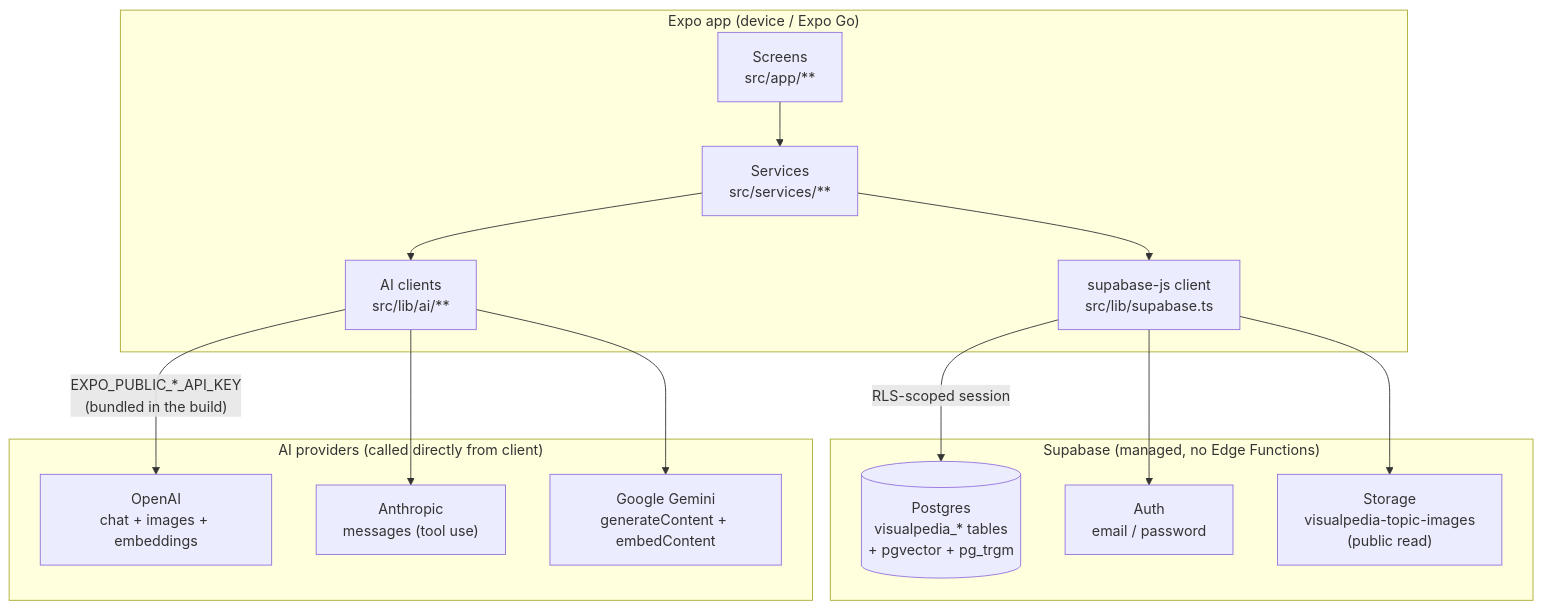
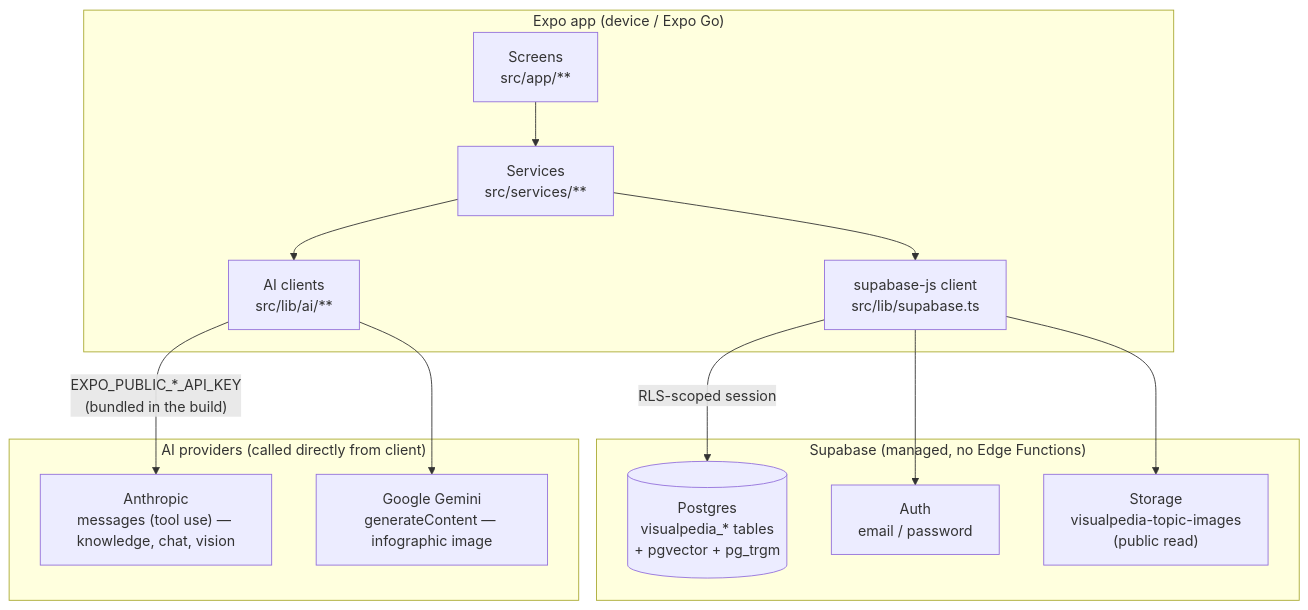
One commit to bernard676/cutaways changed the first of 7 diagrams in docs/ARCHITECTURE.md. Above: the diagram before and after it, drawn with Mermaid. The commit also changed other lines of this file and 27 other files, not shown here.

````diff
--- a/docs/ARCHITECTURE.md
+++ b/docs/ARCHITECTURE.md
@@ -27,30 +27,28 @@
 ```mermaid
 flowchart TD
     subgraph device["Expo app (device / Expo Go)"]
         UI["Screens\nsrc/app/**"]
         SVC["Services\nsrc/services/**"]
         AI["AI clients\nsrc/lib/ai/**"]
         SB["supabase-js client\nsrc/lib/supabase.ts"]
     end
 
     subgraph supabase["Supabase (managed, no Edge Functions)"]
         PG[("Postgres\nvisualpedia_* tables\n+ pgvector + pg_trgm")]
         AUTH["Auth\nemail / password"]
         ST["Storage\nvisualpedia-topic-images\n(public read)"]
     end
 
     subgraph providers["AI providers (called directly from client)"]
-        OAI["OpenAI\nchat + images + embeddings"]
-        ANT["Anthropic\nmessages (tool use)"]
-        GEM["Google Gemini\ngenerateContent + embedContent"]
+        ANT["Anthropic\nmessages (tool use) — knowledge, chat, vision"]
+        GEM["Google Gemini\ngenerateContent — infographic image"]
     end
 
     UI --> SVC --> SB
     SVC --> AI
     SB -->|"RLS-scoped session"| PG
     SB --> AUTH
     SB --> ST
-    AI -->|"EXPO_PUBLIC_*_API_KEY\n(bundled in the build)"| OAI
-    AI --> ANT
+    AI -->|"EXPO_PUBLIC_*_API_KEY\n(bundled in the build)"| ANT
     AI --> GEM
 ```
````
